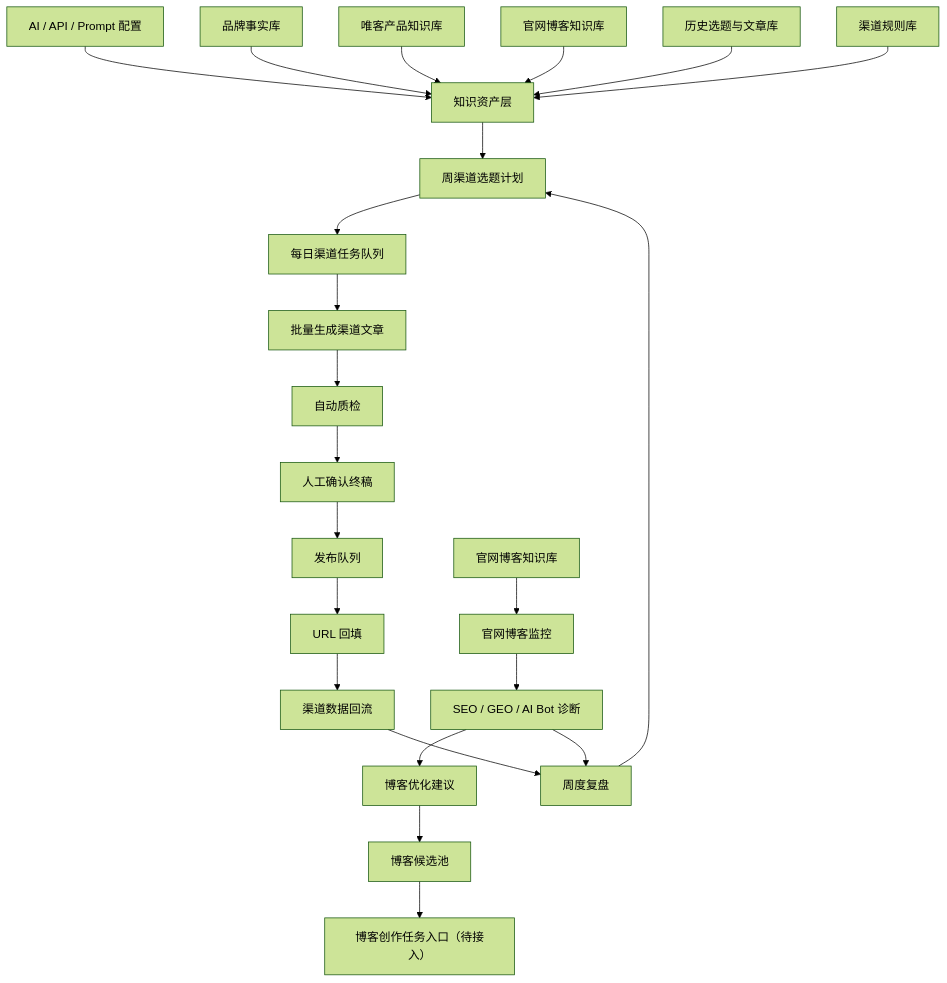
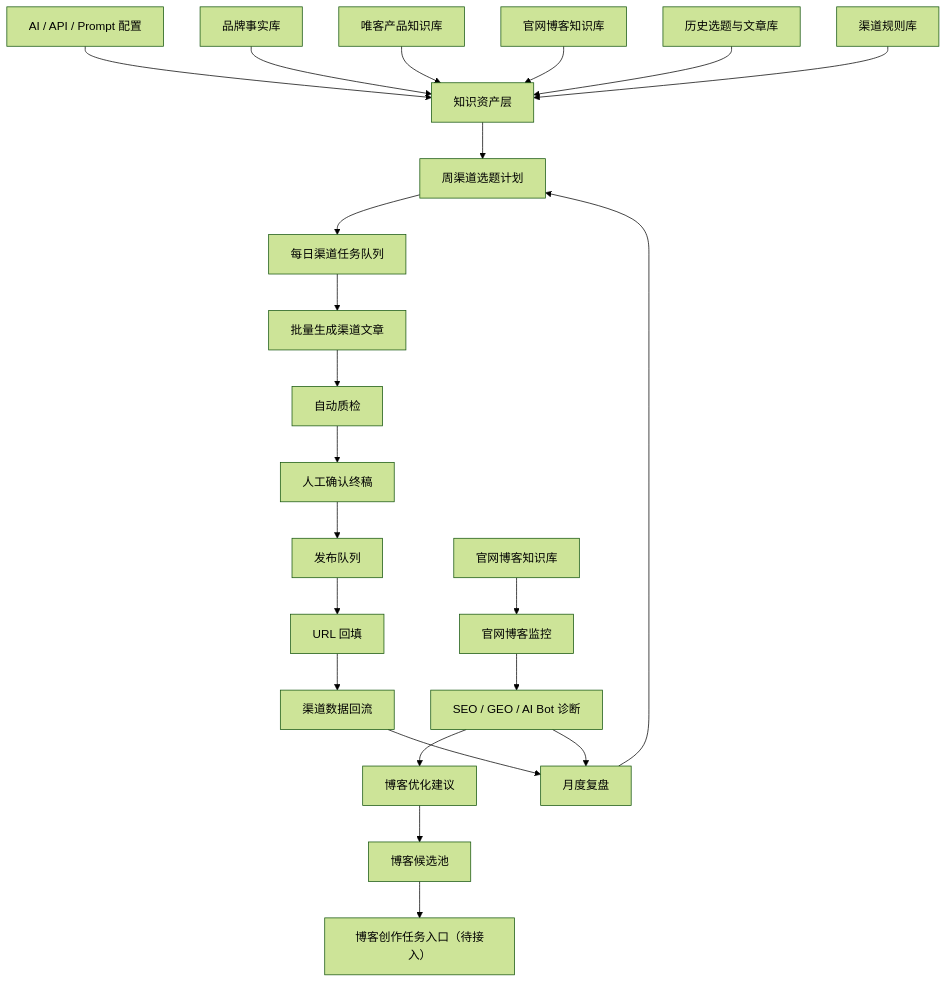
Before and after one commit to 1736280642-Star/gtm-content-growth-workbench: the first of 5 diagrams in docs/MVP-PRD1.md, drawn with Mermaid (forest theme). The commit also changed other lines of this file and 63 other files, not shown here.

````diff
--- a/docs/MVP-PRD1.md
+++ b/docs/MVP-PRD1.md
@@ -180,28 +172,28 @@
 ```mermaid
 flowchart TD
     A["AI / API / Prompt 配置"] --> B["知识资产层"]
     B --> C["周渠道选题计划"]
     C --> D["每日渠道任务队列"]
     D --> E["批量生成渠道文章"]
     E --> F["自动质检"]
     F --> G["人工确认终稿"]
     G --> H["发布队列"]
     H --> I["URL 回填"]
     I --> J["渠道数据回流"]
 
     K["官网博客知识库"] --> L["官网博客监控"]
     L --> M["SEO / GEO / AI Bot 诊断"]
     M --> N["博客优化建议"]
     N --> O["博客候选池"]
     O --> P["博客创作任务入口（待接入）"]
 
-    J --> Q["周度复盘"]
+    J --> Q["月度复盘"]
     M --> Q
     Q --> C
 
     B1["品牌事实库"] --> B
     B2["唯客产品知识库"] --> B
     B3["官网博客知识库"] --> B
     B4["历史选题与文章库"] --> B
     B5["渠道规则库"] --> B
 ```
````
